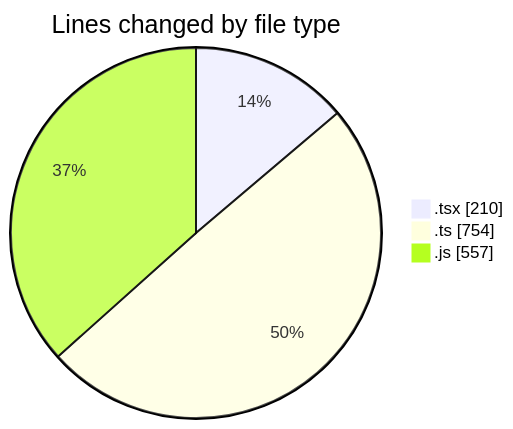
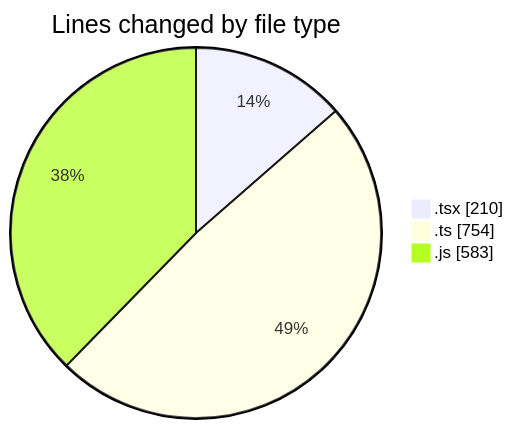
One commit to momahboobian/code-tracking changed the first of 2 diagrams in 2026-06-01/cda/README.md. Above: the diagram before and after it, drawn with Mermaid. The commit also changed other lines of this file and 1 other file, not shown here.

````diff
--- a/2026-06-01/cda/README.md
+++ b/2026-06-01/cda/README.md
@@ -37,7 +38,7 @@
 ```mermaid
 pie showData
 title Lines changed by file type
 ".tsx" : 210
 ".ts" : 754
-".js" : 557
+".js" : 583
 ```
````
